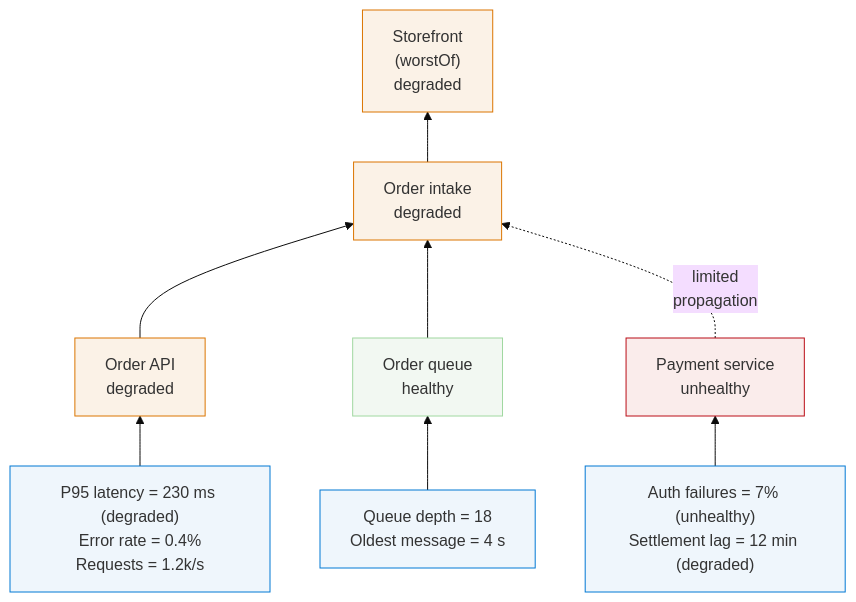
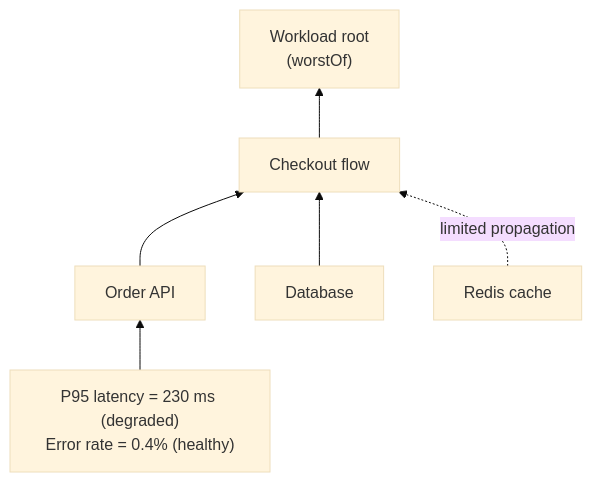
One commit to abossard/ahm-diagrammo changed the diagram in README.md. Above: the diagram before and after it, drawn with Mermaid (base theme). The commit also changed other lines of this file and 272 other files, not shown here.

````diff
--- a/README.md
+++ b/README.md
@@ -42,20 +45,12 @@
 ```mermaid
 flowchart BT
-    apiSig["P95 latency = 230 ms (degraded)<br/>Error rate = 0.4%<br/>Requests = 1.2k/s"] --> api["Order API<br/>degraded"]
-    qSig["Queue depth = 18<br/>Oldest message = 4 s"] --> queue["Order queue<br/>healthy"]
-    paySig["Auth failures = 7% (unhealthy)<br/>Settlement lag = 12 min (degraded)"] --> pay["Payment service<br/>unhealthy"]
-
-    api --> orders["Order intake<br/>degraded"]
-    queue --> orders
-    pay -. "limited<br/>propagation" .-> orders
-    orders --> root["Storefront<br/>(worstOf)<br/>degraded"]
-
-    classDef blue fill:#eff6fc,stroke:#0078D4;
-    classDef green fill:#f2f8f2,stroke:#a0d8a0;
-    classDef amber fill:#fbf2e7,stroke:#db7500;
-    classDef red fill:#faeceb,stroke:#ba0d16;
-    class apiSig,qSig,paySig blue;
-    class queue green;
-    class api,orders,root amber;
-    class pay red;
+    apiSig["P95 latency = 230 ms (degraded)<br/>Error rate = 0.4% (healthy)"] --> api["Order API"]
+    api --> checkout["Checkout flow"]
+    db["Database"] --> checkout
+    cache["Redis cache"] -. "limited propagation" .-> checkout
+    checkout --> root["Workload root<br/>(worstOf)"]
+    class apiSig blue;
+    class api,checkout,root amber;
+    class db green;
+    class cache red;
 ```
````
